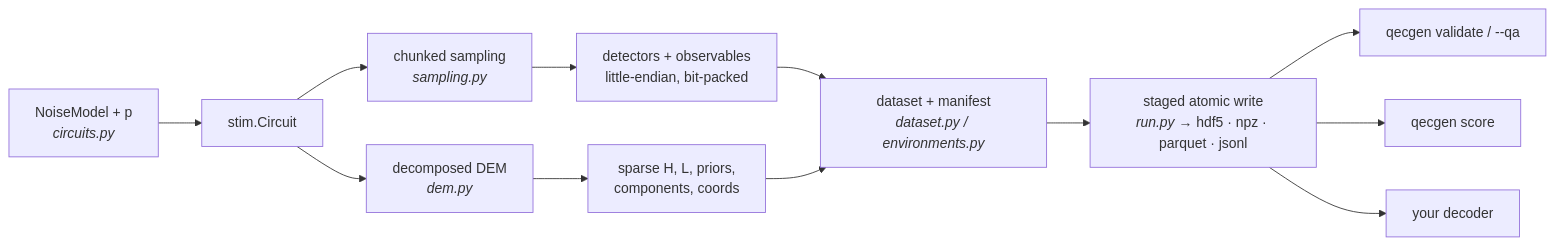
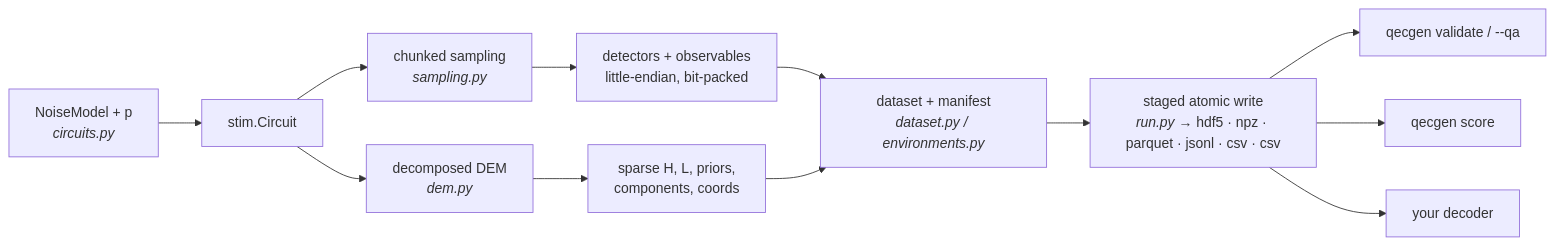
Before and after one commit to HaiderAli3D/qecgen: the first of 2 diagrams in README.md, drawn with Mermaid. The commit also changed other lines of this file and 24 other files, not shown here.

````diff
--- a/README.md
+++ b/README.md
@@ -109,14 +110,14 @@
 ```mermaid
 flowchart LR
     A["NoiseModel + p<br><i>circuits.py</i>"] --> B["stim.Circuit"]
     B --> C["chunked sampling<br><i>sampling.py</i>"]
     B --> D["decomposed DEM<br><i>dem.py</i>"]
     D --> E["sparse H, L, priors,<br>components, coords"]
     C --> F["detectors + observables<br>little-endian, bit-packed"]
     F --> G["dataset + manifest<br><i>dataset.py / environments.py</i>"]
     E --> G
-    G --> H["staged atomic write<br><i>run.py</i> → hdf5 · npz · parquet · jsonl"]
+    G --> H["staged atomic write<br><i>run.py</i> → hdf5 · npz · parquet · jsonl · csv · csv"]
     H --> I["qecgen validate / --qa"]
     H --> J["qecgen score"]
     H --> K["your decoder"]
 ```
````
